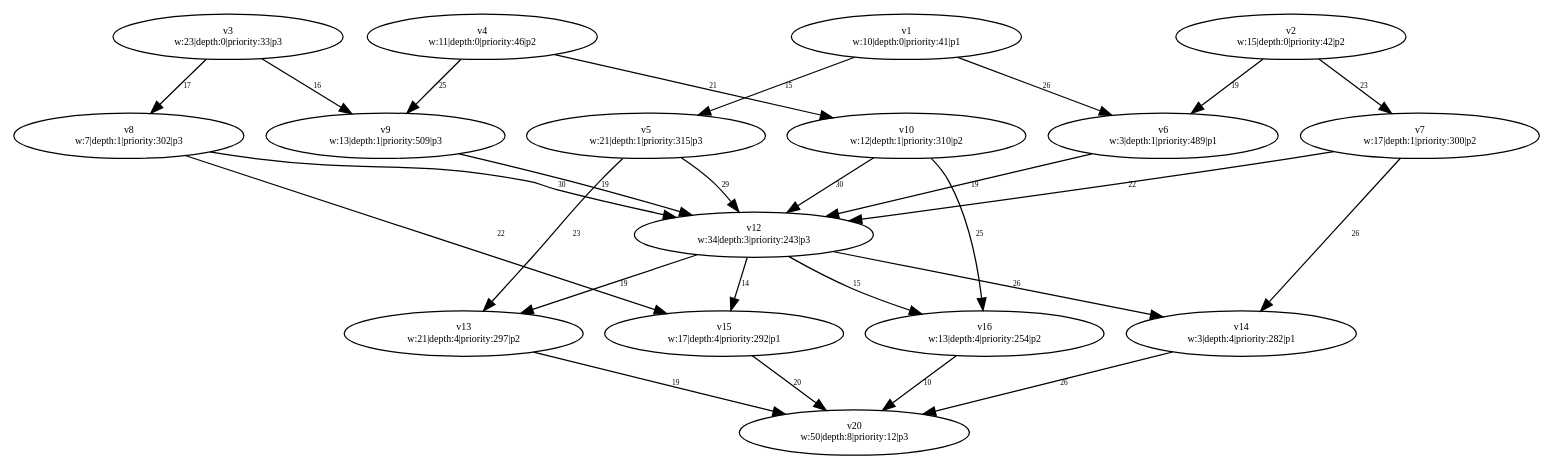
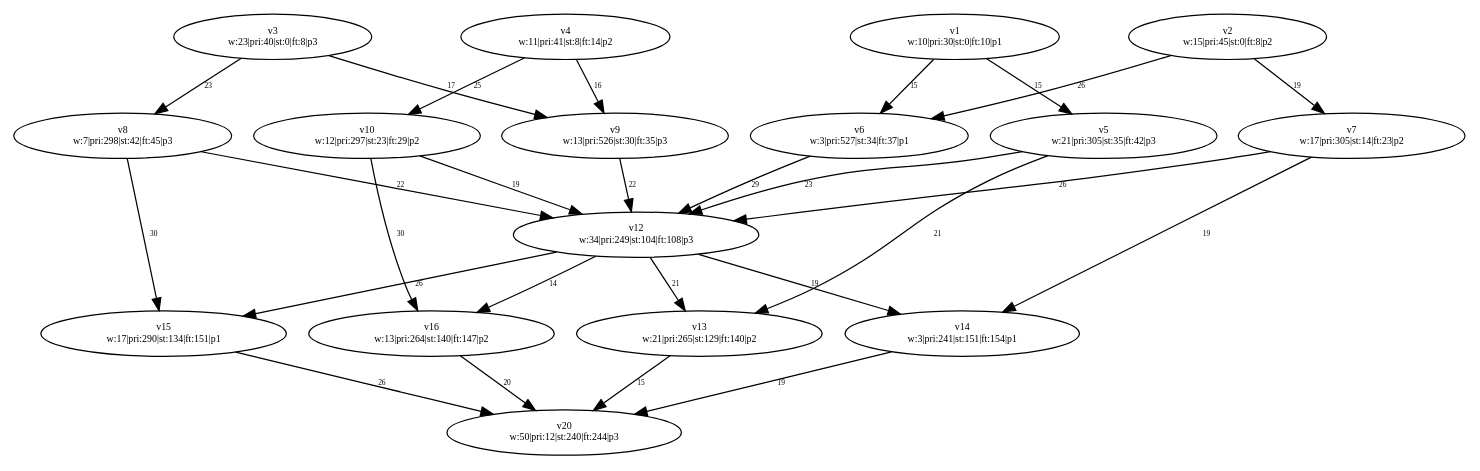
Before and after one commit to dexters1/Task-Scheduling-Based-on-Genetic-Algorithms: the diagram in PythonApplication1/PythonApplication1/test-output/slika_9_Simplified.gv, drawn with Graphviz. The commit also changed 51 other files, not shown here.

Commit message:
Finished unitTesting for Graph + Processor modules

```diff
--- a/PythonApplication1/PythonApplication1/test-output/slika_9_Simplified.gv
+++ b/PythonApplication1/PythonApplication1/test-output/slika_9_Simplified.gv
@@ -1,60 +1,60 @@
 digraph {
+	v2 [label="v2
+w:15|pri:45|st:0|ft:8|p2" fontsize=8.0]
 	v4 [label="v4
-w:11|depth:0|priority:46|p2" fontsize=8.0]
-	v2 [label="v2
-w:15|depth:0|priority:42|p2" fontsize=8.0]
+w:11|pri:41|st:8|ft:14|p2" fontsize=8.0]
+	v3 [label="v3
+w:23|pri:40|st:0|ft:8|p3" fontsize=8.0]
 	v1 [label="v1
-w:10|depth:0|priority:41|p1" fontsize=8.0]
-	v3 [label="v3
-w:23|depth:0|priority:33|p3" fontsize=8.0]
+w:10|pri:30|st:0|ft:10|p1" fontsize=8.0]
+	v6 [label="v6
+w:3|pri:527|st:34|ft:37|p1" fontsize=8.0]
 	v9 [label="v9
-w:13|depth:1|priority:509|p3" fontsize=8.0]
-	v6 [label="v6
-w:3|depth:1|priority:489|p1" fontsize=8.0]
+w:13|pri:526|st:30|ft:35|p3" fontsize=8.0]
 	v5 [label="v5
-w:21|depth:1|priority:315|p3" fontsize=8.0]
+w:21|pri:305|st:35|ft:42|p3" fontsize=8.0]
+	v7 [label="v7
+w:17|pri:305|st:14|ft:23|p2" fontsize=8.0]
+	v8 [label="v8
+w:7|pri:298|st:42|ft:45|p3" fontsize=8.0]
 	v10 [label="v10
-w:12|depth:1|priority:310|p2" fontsize=8.0]
-	v8 [label="v8
-w:7|depth:1|priority:302|p3" fontsize=8.0]
-	v7 [label="v7
-w:17|depth:1|priority:300|p2" fontsize=8.0]
+w:12|pri:297|st:23|ft:29|p2" fontsize=8.0]
 	v12 [label="v12
-w:34|depth:3|priority:243|p3" fontsize=8.0]
+w:34|pri:249|st:104|ft:108|p3" fontsize=8.0]
+	v15 [label="v15
+w:17|pri:290|st:134|ft:151|p1" fontsize=8.0]
 	v13 [label="v13
-w:21|depth:4|priority:297|p2" fontsize=8.0]
-	v15 [label="v15
-w:17|depth:4|priority:292|p1" fontsize=8.0]
+w:21|pri:265|st:129|ft:140|p2" fontsize=8.0]
+	v16 [label="v16
+w:13|pri:264|st:140|ft:147|p2" fontsize=8.0]
 	v14 [label="v14
-w:3|depth:4|priority:282|p1" fontsize=8.0]
-	v16 [label="v16
-w:13|depth:4|priority:254|p2" fontsize=8.0]
+w:3|pri:241|st:151|ft:154|p1" fontsize=8.0]
 	v20 [label="v20
-w:50|depth:8|priority:12|p3" fontsize=8.0]
+w:50|pri:12|st:240|ft:244|p3" fontsize=8.0]
 	v1 -> v5 [label=15 constraint=true fontsize=6.0]
-	v1 -> v6 [label=26 constraint=true fontsize=6.0]
-	v2 -> v6 [label=19 constraint=true fontsize=6.0]
-	v2 -> v7 [label=23 constraint=true fontsize=6.0]
-	v3 -> v8 [label=17 constraint=true fontsize=6.0]
-	v3 -> v9 [label=16 constraint=true fontsize=6.0]
-	v4 -> v9 [label=25 constraint=true fontsize=6.0]
-	v4 -> v10 [label=21 constraint=true fontsize=6.0]
-	v5 -> v13 [label=23 constraint=true fontsize=6.0]
-	v7 -> v14 [label=26 constraint=true fontsize=6.0]
-	v8 -> v15 [label=22 constraint=true fontsize=6.0]
-	v10 -> v16 [label=25 constraint=true fontsize=6.0]
-	v12 -> v13 [label=19 constraint=true fontsize=6.0]
-	v12 -> v14 [label=26 constraint=true fontsize=6.0]
-	v12 -> v15 [label=14 constraint=true fontsize=6.0]
-	v12 -> v16 [label=15 constraint=true fontsize=6.0]
-	v5 -> v12 [label=29 constraint=true fontsize=6.0]
-	v6 -> v12 [label=19 constraint=true fontsize=6.0]
-	v7 -> v12 [label=22 constraint=true fontsize=6.0]
-	v8 -> v12 [label=30 constraint=true fontsize=6.0]
-	v9 -> v12 [label=19 constraint=true fontsize=6.0]
-	v10 -> v12 [label=30 constraint=true fontsize=6.0]
-	v13 -> v20 [label=19 constraint=true fontsize=6.0]
-	v14 -> v20 [label=26 constraint=true fontsize=6.0]
-	v15 -> v20 [label=20 constraint=true fontsize=6.0]
-	v16 -> v20 [label=10 constraint=true fontsize=6.0]
+	v1 -> v6 [label=15 constraint=true fontsize=6.0]
+	v2 -> v6 [label=26 constraint=true fontsize=6.0]
+	v2 -> v7 [label=19 constraint=true fontsize=6.0]
+	v3 -> v8 [label=23 constraint=true fontsize=6.0]
+	v3 -> v9 [label=17 constraint=true fontsize=6.0]
+	v4 -> v9 [label=16 constraint=true fontsize=6.0]
+	v4 -> v10 [label=25 constraint=true fontsize=6.0]
+	v5 -> v13 [label=21 constraint=true fontsize=6.0]
+	v7 -> v14 [label=19 constraint=true fontsize=6.0]
+	v8 -> v15 [label=30 constraint=true fontsize=6.0]
+	v10 -> v16 [label=30 constraint=true fontsize=6.0]
+	v12 -> v13 [label=21 constraint=true fontsize=6.0]
+	v12 -> v14 [label=19 constraint=true fontsize=6.0]
+	v12 -> v15 [label=26 constraint=true fontsize=6.0]
+	v12 -> v16 [label=14 constraint=true fontsize=6.0]
+	v5 -> v12 [label=23 constraint=true fontsize=6.0]
+	v6 -> v12 [label=29 constraint=true fontsize=6.0]
+	v7 -> v12 [label=26 constraint=true fontsize=6.0]
+	v8 -> v12 [label=22 constraint=true fontsize=6.0]
+	v9 -> v12 [label=22 constraint=true fontsize=6.0]
+	v10 -> v12 [label=19 constraint=true fontsize=6.0]
+	v13 -> v20 [label=15 constraint=true fontsize=6.0]
+	v14 -> v20 [label=19 constraint=true fontsize=6.0]
+	v15 -> v20 [label=26 constraint=true fontsize=6.0]
+	v16 -> v20 [label=20 constraint=true fontsize=6.0]
 }
```
